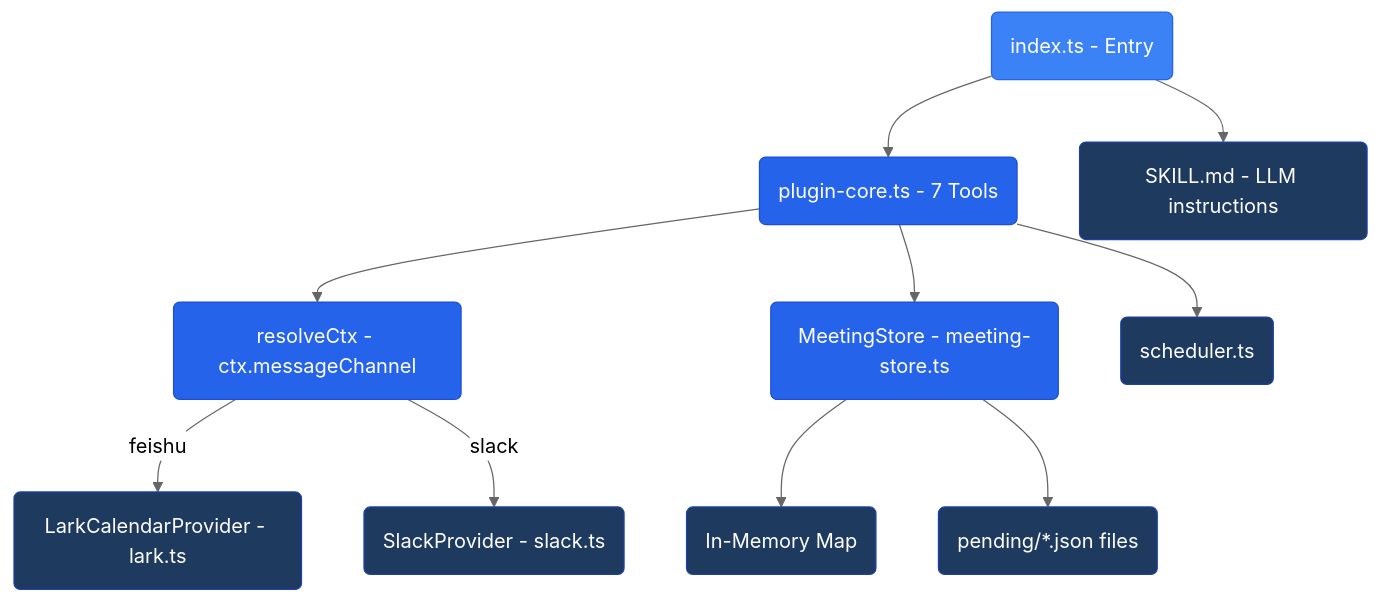
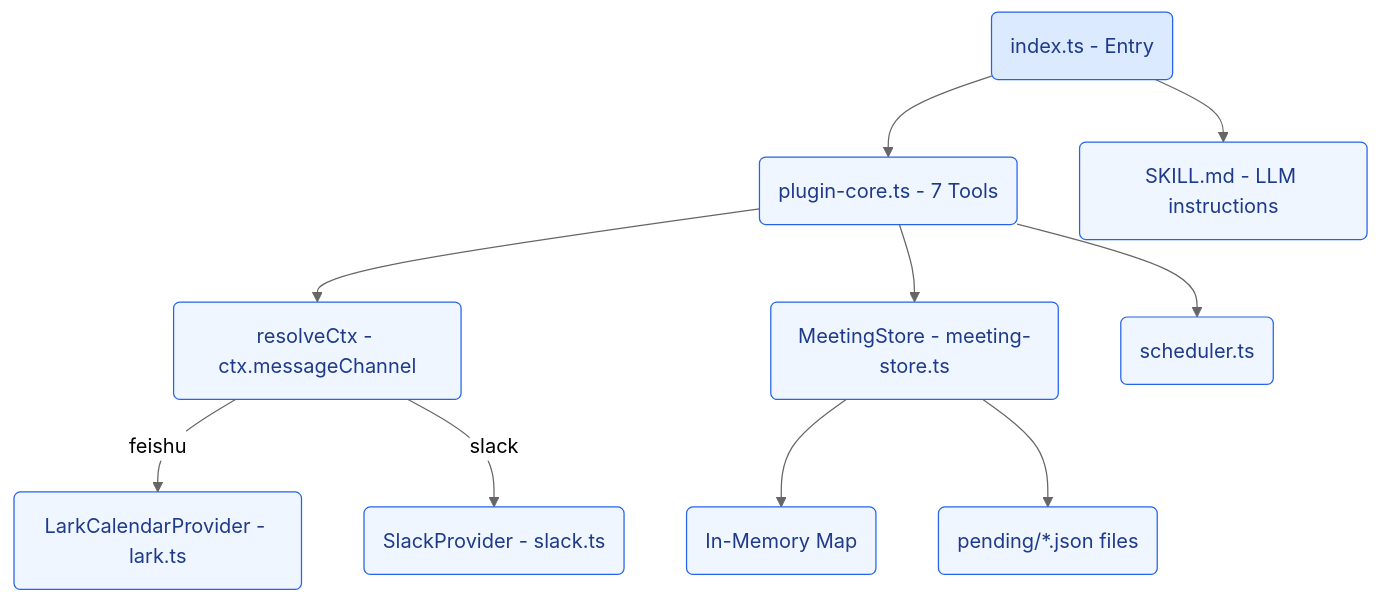
The seventh of 13 diagrams in README.md (javana3/claw_meeting_all), drawn with Mermaid (neutral theme) before and after one commit. The commit also changed other lines of this file, not shown here.

````diff
--- a/README.md
+++ b/README.md
@@ -282,23 +282,23 @@
 ```mermaid
 graph TD
     IDX(index.ts - Entry) --> CORE(plugin-core.ts - 7 Tools)
     CORE --> ROUTER(resolveCtx - ctx.messageChannel)
     ROUTER -->|feishu| LP(LarkCalendarProvider - lark.ts)
     ROUTER -->|slack| SP(SlackProvider - slack.ts)
     CORE --> STORE(MeetingStore - meeting-store.ts)
     STORE --> MEM(In-Memory Map)
     STORE --> DISK(pending/*.json files)
     CORE --> SCHED(scheduler.ts)
     IDX --> SKILL(SKILL.md - LLM instructions)
 
-    style ROUTER fill:#2563eb,stroke:#1d4ed8,color:#fff
-    style STORE fill:#2563eb,stroke:#1d4ed8,color:#fff
-    style DISK fill:#1e3a5f,stroke:#1e40af,color:#fff
-    style LP fill:#1e3a5f,stroke:#1e40af,color:#fff
-    style SP fill:#1e3a5f,stroke:#1e40af,color:#fff
-    style IDX fill:#3b82f6,stroke:#2563eb,color:#fff
-    style CORE fill:#2563eb,stroke:#1d4ed8,color:#fff
-    style MEM fill:#1e3a5f,stroke:#1e40af,color:#fff
-    style SCHED fill:#1e3a5f,stroke:#1e40af,color:#fff
-    style SKILL fill:#1e3a5f,stroke:#1e40af,color:#fff
+    style ROUTER fill:#eff6ff,stroke:#2563eb,color:#1e3a8a
+    style STORE fill:#eff6ff,stroke:#2563eb,color:#1e3a8a
+    style DISK fill:#eff6ff,stroke:#2563eb,color:#1e3a8a
+    style LP fill:#eff6ff,stroke:#2563eb,color:#1e3a8a
+    style SP fill:#eff6ff,stroke:#2563eb,color:#1e3a8a
+    style IDX fill:#dbeafe,stroke:#2563eb,color:#1e3a8a
+    style CORE fill:#eff6ff,stroke:#2563eb,color:#1e3a8a
+    style MEM fill:#eff6ff,stroke:#2563eb,color:#1e3a8a
+    style SCHED fill:#eff6ff,stroke:#2563eb,color:#1e3a8a
+    style SKILL fill:#eff6ff,stroke:#2563eb,color:#1e3a8a
 ```
````
